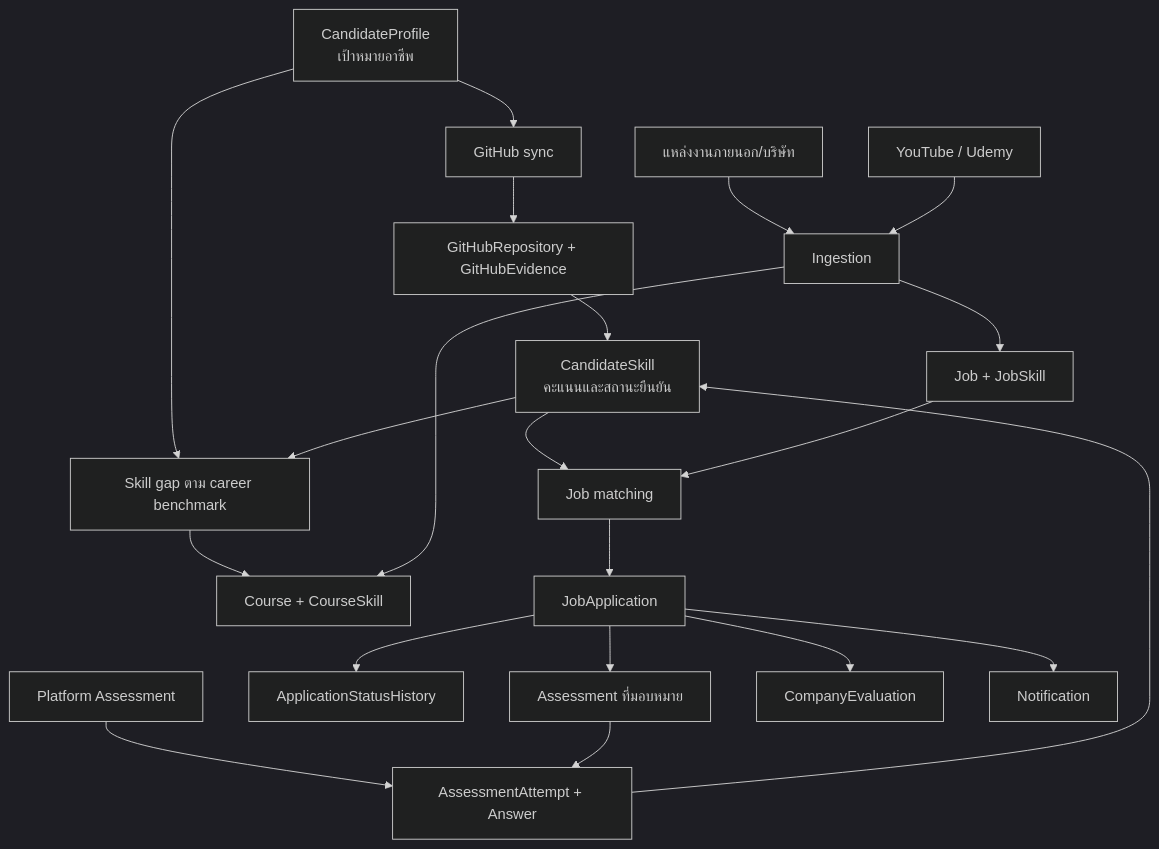
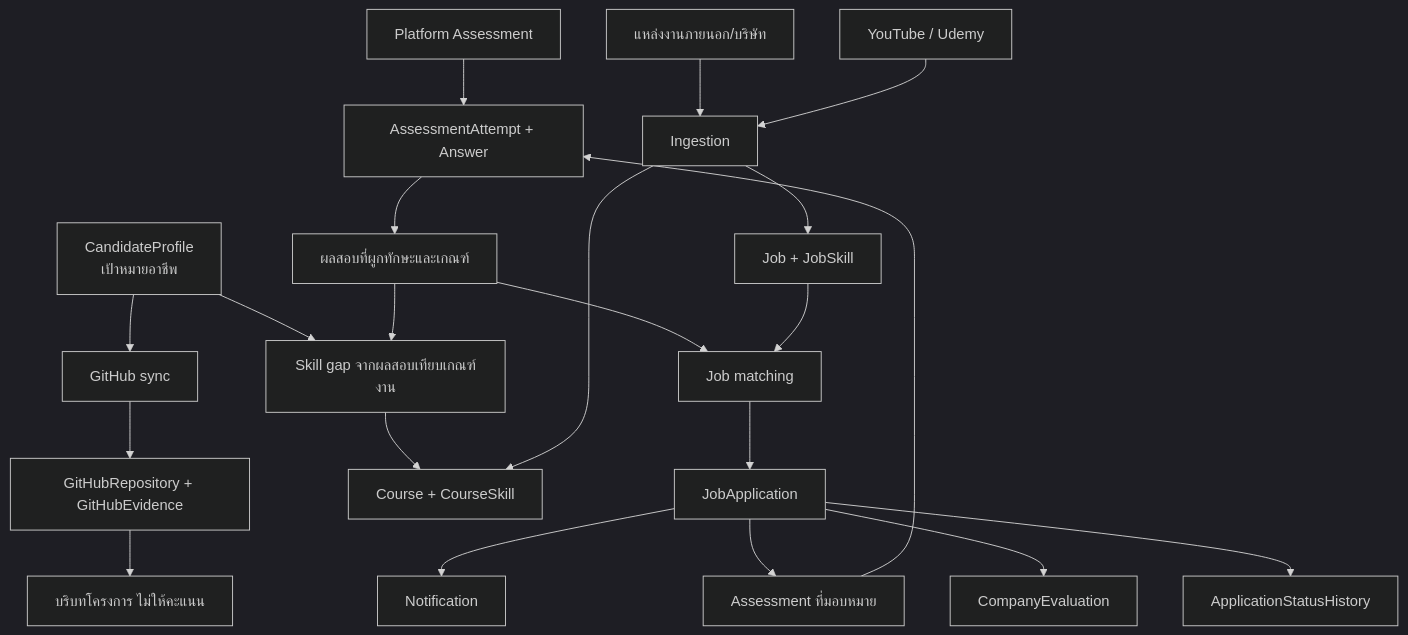
Before and after one commit to Jixgo-cloud/last-project: the second of 3 diagrams in docs/PROJECT_OVERVIEW.md, drawn with Mermaid (dark theme). The commit also changed other lines of this file and 57 other files, not shown here.

```diff
--- a/docs/PROJECT_OVERVIEW.md
+++ b/docs/PROJECT_OVERVIEW.md
@@ -51,23 +51,23 @@
 ~~~mermaid
 flowchart TD
   Profile["CandidateProfile<br/>เป้าหมายอาชีพ"] --> Github["GitHub sync"]
   Github --> Repos["GitHubRepository + GitHubEvidence"]
-  Repos --> CandidateSkill["CandidateSkill<br/>คะแนนและสถานะยืนยัน"]
+  Repos --> Context["บริบทโครงการ ไม่ให้คะแนน"]
   PlatformAssessment["Platform Assessment"] --> Attempt["AssessmentAttempt + Answer"]
-  Attempt --> CandidateSkill
-  CandidateSkill --> Matching["Job matching"]
+  Attempt --> Results["ผลสอบที่ผูกทักษะและเกณฑ์"]
+  Results --> Matching["Job matching"]
   JobSkills["Job + JobSkill"] --> Matching
-  Profile --> Gaps["Skill gap ตาม career benchmark"]
-  CandidateSkill --> Gaps
+  Profile --> Gaps["Skill gap จากผลสอบเทียบเกณฑ์งาน"]
+  Results --> Gaps
   Gaps --> Course["Course + CourseSkill"]
   Matching --> Application["JobApplication"]
   Application --> History["ApplicationStatusHistory"]
   Application --> AssignedTest["Assessment ที่มอบหมาย"]
   AssignedTest --> Attempt
   Application --> Evaluation["CompanyEvaluation"]
   Application --> Notice["Notification"]
   JobSources["แหล่งงานภายนอก/บริษัท"] --> Ingestion["Ingestion"]
   CourseSources["YouTube / Udemy"] --> Ingestion
   Ingestion --> JobSkills
   Ingestion --> Course
 ~~~
```
